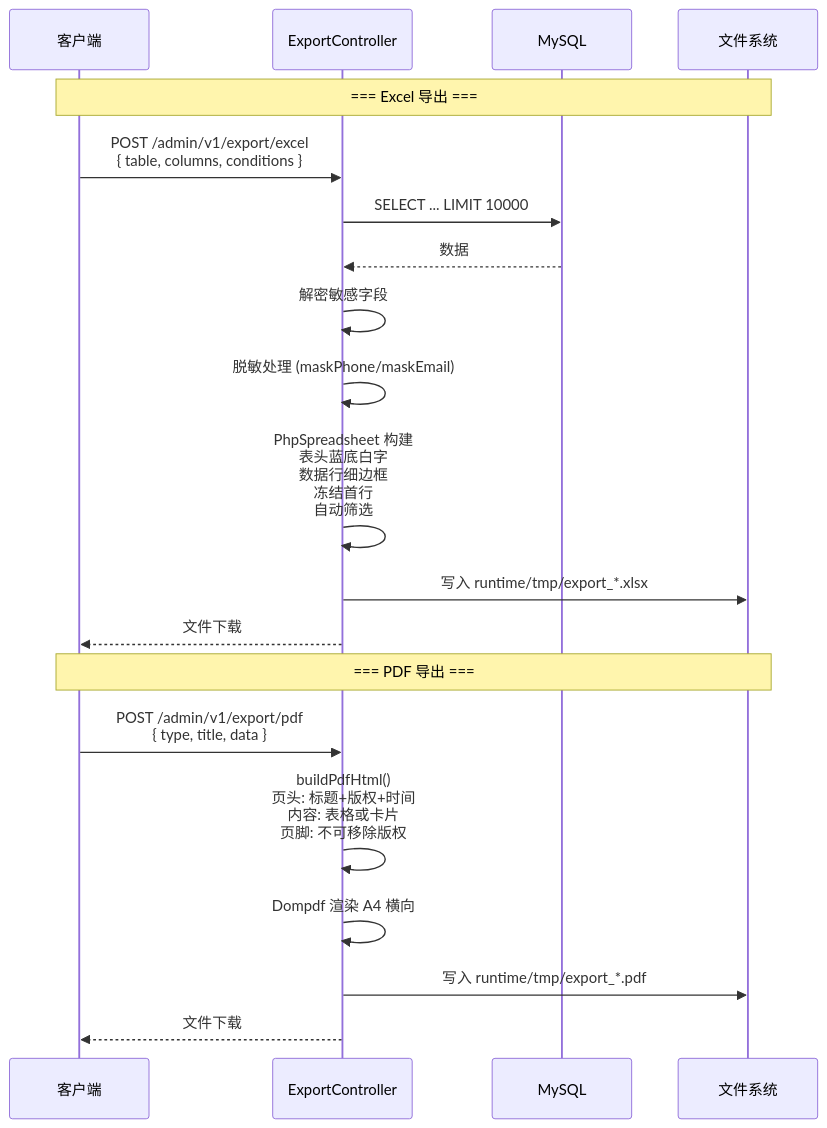
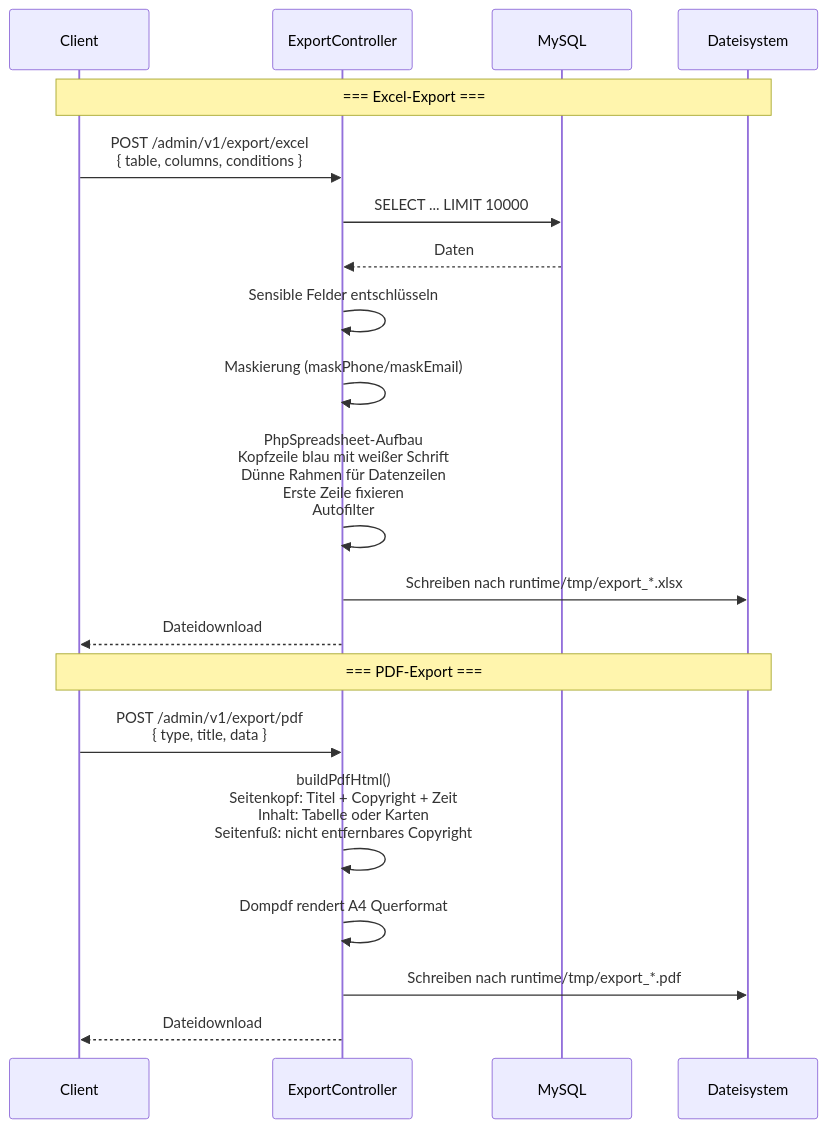
Before and after one commit to erikwang2013/game-platform-php: the tenth of 14 diagrams in admin/docs/ARCHITECTURE.de.md, drawn with Mermaid. The commit also changed other lines of this file and 211 other files, not shown here.

First line of the commit message:
fix: 支付配置读回类型根治、提现事件对账巡检，12 语族 mermaid 与 API 标签本地化

````diff
--- a/admin/docs/ARCHITECTURE.de.md
+++ b/admin/docs/ARCHITECTURE.de.md
@@ -520,24 +520,24 @@
 ```mermaid
 sequenceDiagram
-    participant C as 客户端
+    participant C as Client
     participant CTL as ExportController
     participant DB as MySQL
-    participant FS as 文件系统
+    participant FS as Dateisystem
 
-    Note over C,FS: === Excel 导出 ===
+    Note over C,FS: === Excel-Export ===
     C->>CTL: POST /admin/v1/export/excel<br/>{ table, columns, conditions }
     CTL->>DB: SELECT ... LIMIT 10000
-    DB-->>CTL: 数据
-    CTL->>CTL: 解密敏感字段
-    CTL->>CTL: 脱敏处理 (maskPhone/maskEmail)
-    CTL->>CTL: PhpSpreadsheet 构建<br/>表头蓝底白字<br/>数据行细边框<br/>冻结首行<br/>自动筛选
-    CTL->>FS: 写入 runtime/tmp/export_*.xlsx
-    CTL-->>C: 文件下载
+    DB-->>CTL: Daten
+    CTL->>CTL: Sensible Felder entschlüsseln
+    CTL->>CTL: Maskierung (maskPhone/maskEmail)
+    CTL->>CTL: PhpSpreadsheet-Aufbau<br/>Kopfzeile blau mit weißer Schrift<br/>Dünne Rahmen für Datenzeilen<br/>Erste Zeile fixieren<br/>Autofilter
+    CTL->>FS: Schreiben nach runtime/tmp/export_*.xlsx
+    CTL-->>C: Dateidownload
 
-    Note over C,FS: === PDF 导出 ===
+    Note over C,FS: === PDF-Export ===
     C->>CTL: POST /admin/v1/export/pdf<br/>{ type, title, data }
-    CTL->>CTL: buildPdfHtml()<br/>页头: 标题+版权+时间<br/>内容: 表格或卡片<br/>页脚: 不可移除版权
-    CTL->>CTL: Dompdf 渲染 A4 横向
-    CTL->>FS: 写入 runtime/tmp/export_*.pdf
-    CTL-->>C: 文件下载
+    CTL->>CTL: buildPdfHtml()<br/>Seitenkopf: Titel + Copyright + Zeit<br/>Inhalt: Tabelle oder Karten<br/>Seitenfuß: nicht entfernbares Copyright
+    CTL->>CTL: Dompdf rendert A4 Querformat
+    CTL->>FS: Schreiben nach runtime/tmp/export_*.pdf
+    CTL-->>C: Dateidownload
 ```
````
